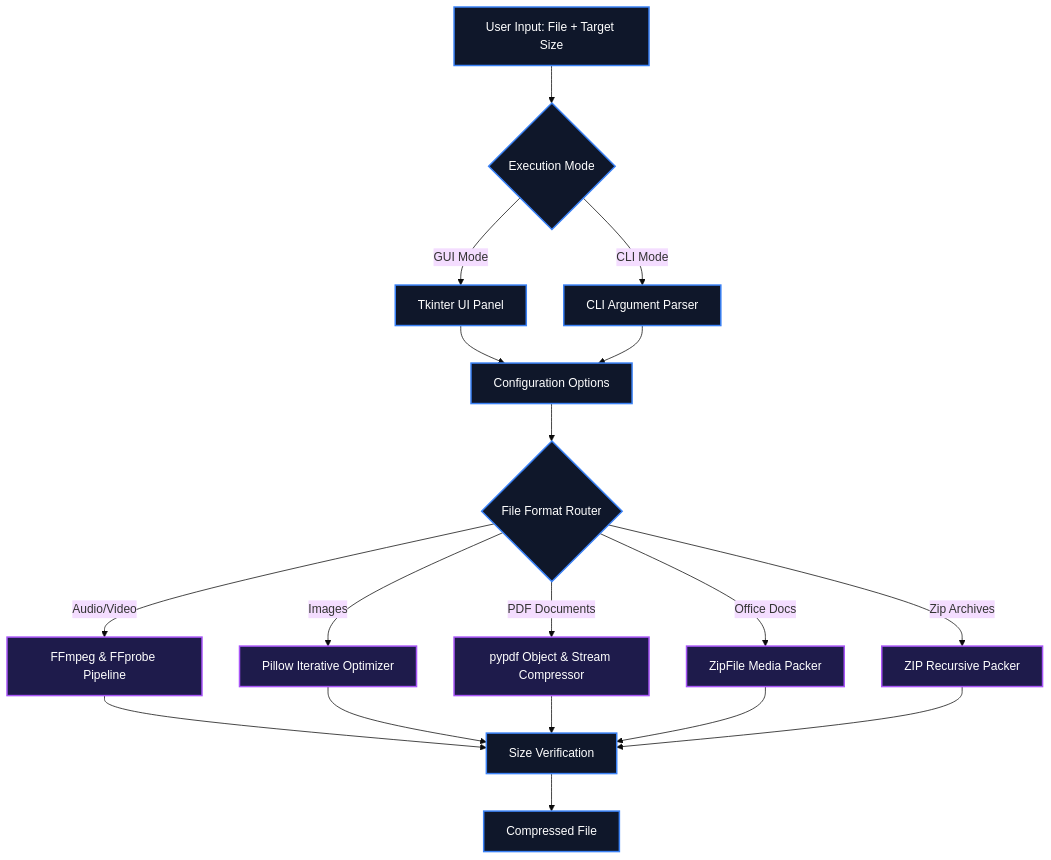
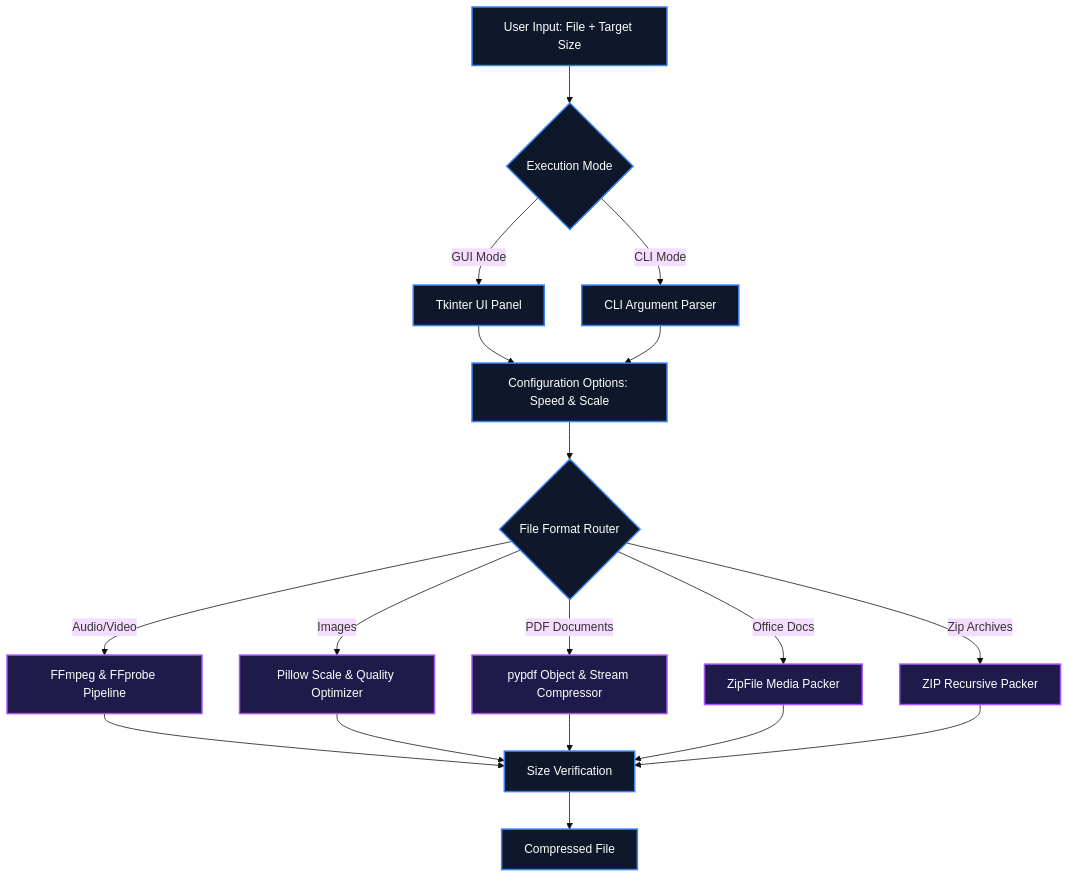
One commit to IamOumarIbrahim/Compress changed the diagram in README.md. Above: the diagram before and after it, drawn with Mermaid (base theme). The commit also changed other lines of this file, not shown here.

Commit message:
Update README.md for version 0.3 speed and resize adjustments

````diff
--- a/README.md
+++ b/README.md
@@ -49,27 +56,27 @@
 ```mermaid
 graph TD
     User["User Input: File + Target Size"] --> ModeSelect{Execution Mode}
     ModeSelect -->|GUI Mode| Tkinter[Tkinter UI Panel]
     ModeSelect -->|CLI Mode| Parser[CLI Argument Parser]
-    Tkinter --> Config[Configuration Options]
+    Tkinter --> Config[Configuration Options: Speed & Scale]
     Parser --> Config
     Config --> Router{File Format Router}
     
     Router -->|Audio/Video| FFmpeg["FFmpeg & FFprobe Pipeline"]
-    Router -->|Images| Pillow["Pillow Iterative Optimizer"]
+    Router -->|Images| Pillow["Pillow Scale & Quality Optimizer"]
     Router -->|PDF Documents| PyPDF["pypdf Object & Stream Compressor"]
     Router -->|Office Docs| ZipFile["ZipFile Media Packer"]
     Router -->|Zip Archives| ZipPack["ZIP Recursive Packer"]
     
     FFmpeg --> Verify[Size Verification]
     Pillow --> Verify
     PyPDF --> Verify
     ZipFile --> Verify
     ZipPack --> Verify
     
     Verify --> Output[Compressed File]
     
     classDef default fill:#0f172a,stroke:#3b82f6,stroke-width:2px,color:#fff;
     classDef process fill:#1e1b4b,stroke:#a855f7,stroke-width:2px,color:#fff;
     class FFmpeg,Pillow,PyPDF,ZipFile,ZipPack process;
 ```
````
